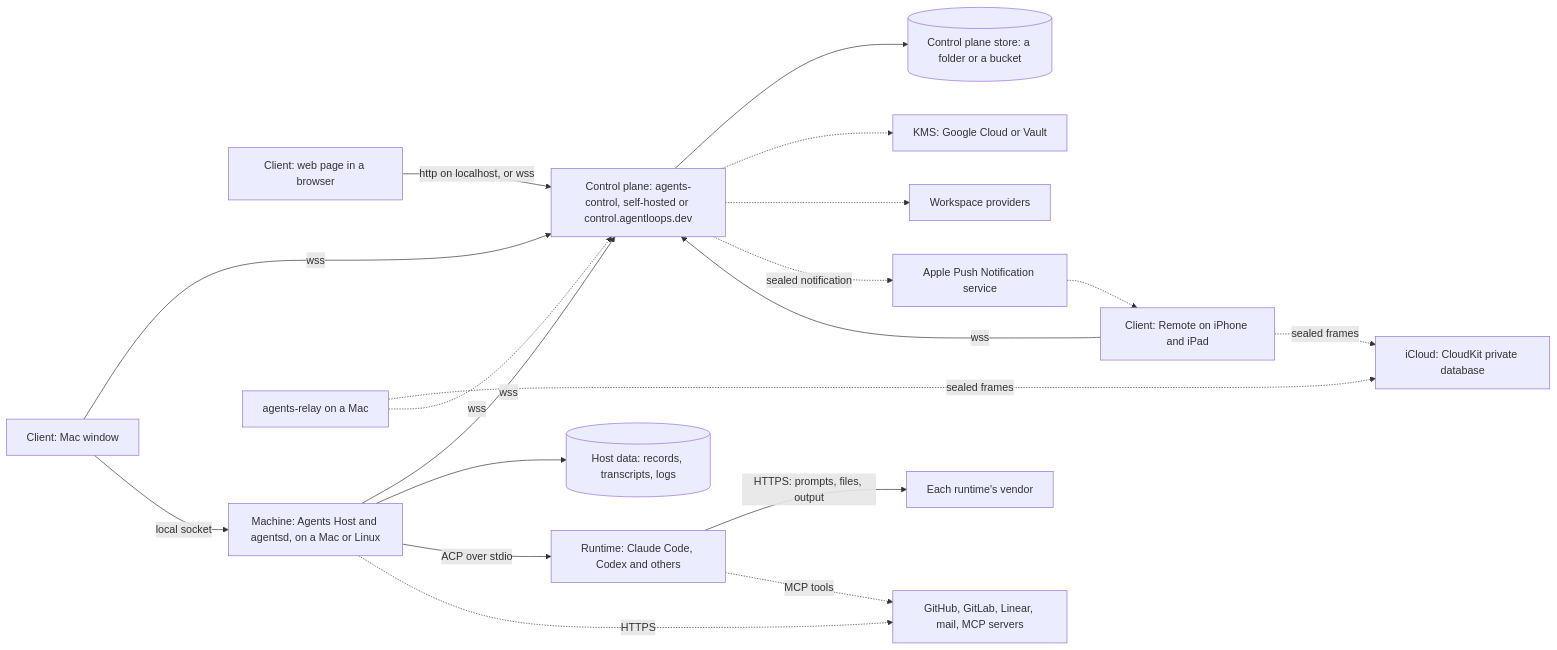
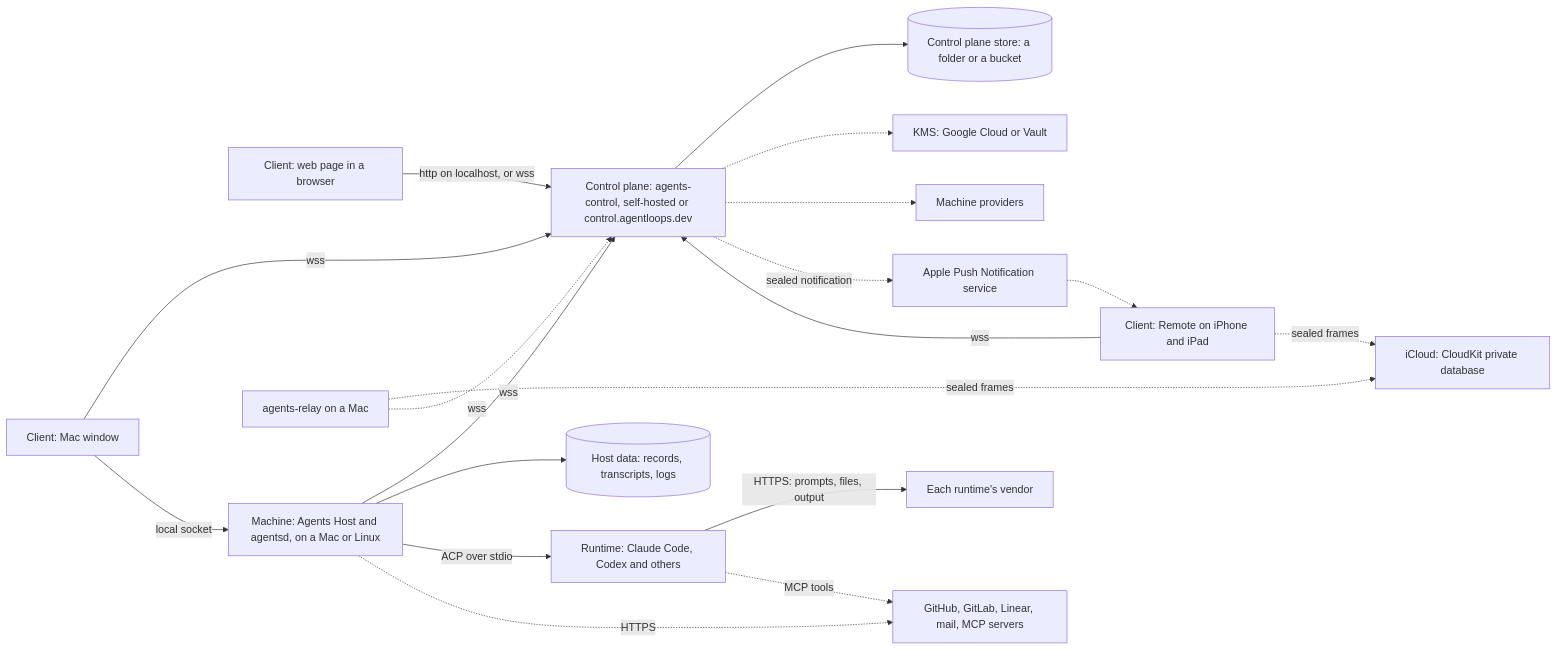
Before and after one commit to alexec/Agents: the diagram in docs/explanation/compliance/data-flow.md, drawn with Mermaid. The commit also changed other lines of this file and 146 other files, not shown here.

First line of the commit message:
fix: rename workspace providers to machine providers (#2314)

````diff
--- a/docs/explanation/compliance/data-flow.md
+++ b/docs/explanation/compliance/data-flow.md
@@ -18,37 +18,37 @@
 ```mermaid
 flowchart LR
     mac["Client: Mac window"]
     remote["Client: Remote on iPhone and iPad"]
     web["Client: web page in a browser"]
     control["Control plane: agents-control, self-hosted or control.agentloops.dev"]
     store[("Control plane store: a folder or a bucket")]
     agentsd["Machine: Agents Host and agentsd, on a Mac or Linux"]
     data[("Host data: records, transcripts, logs")]
     runtime["Runtime: Claude Code, Codex and others"]
     relay["agents-relay on a Mac"]
     icloud["iCloud: CloudKit private database"]
     apns["Apple Push Notification service"]
     vendor["Each runtime's vendor"]
     integrations["GitHub, GitLab, Linear, mail, MCP servers"]
-    providers["Workspace providers"]
+    providers["Machine providers"]
     kms["KMS: Google Cloud or Vault"]
 
     mac -->|"wss"| control
     mac -->|"local socket"| agentsd
     remote -->|"wss"| control
     web -->|"http on localhost, or wss"| control
     agentsd -->|"wss"| control
     control --> store
     control -.-> kms
     control -.-> providers
     control -.->|"sealed notification"| apns
     apns -.-> remote
     agentsd --> data
     agentsd -->|"ACP over stdio"| runtime
     runtime -->|"HTTPS: prompts, files, output"| vendor
     agentsd -.->|"HTTPS"| integrations
     runtime -.->|"MCP tools"| integrations
     remote -.->|"sealed frames"| icloud
     relay -.->|"sealed frames"| icloud
     relay -.->|"wss"| control
 ```
````
